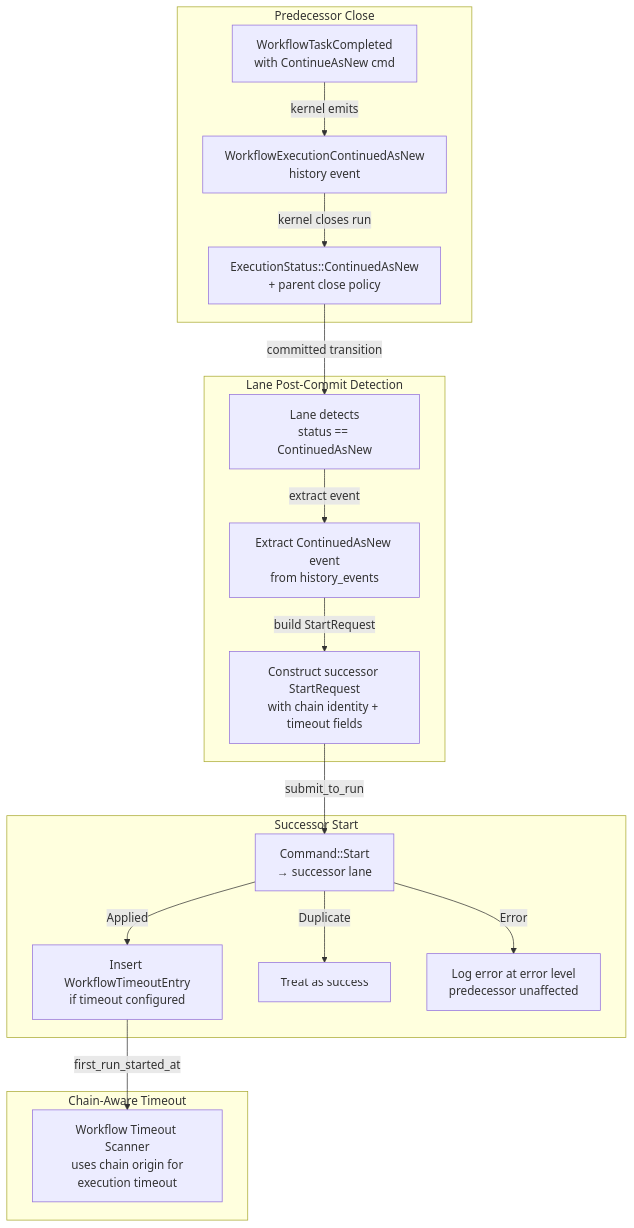
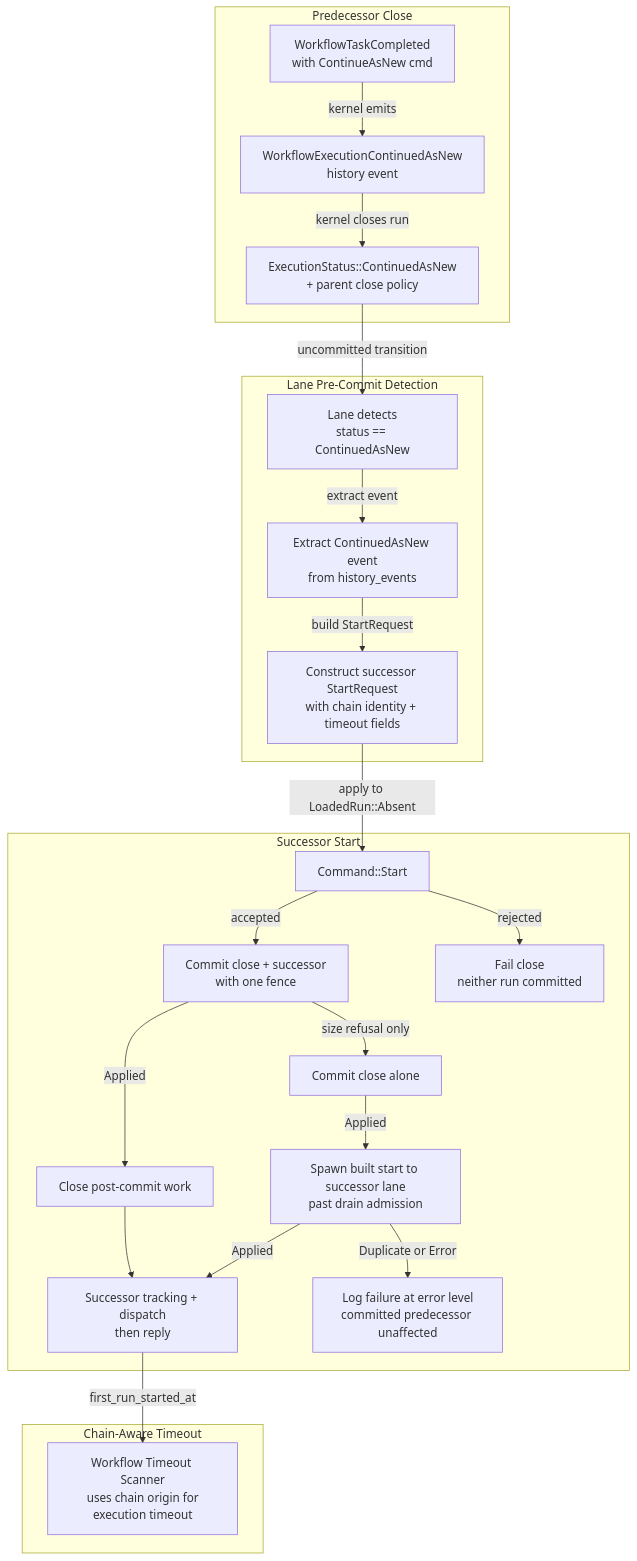
The diagram in .kiro/specs/runtime-continue-as-new/design.md (tokeira/tokeira), drawn with Mermaid before and after one commit. The commit also changed other lines of this file and 35 other files, not shown here.

````diff
--- a/.kiro/specs/runtime-continue-as-new/design.md
+++ b/.kiro/specs/runtime-continue-as-new/design.md
@@ -21,24 +21,29 @@
 ```mermaid
 flowchart TD
     subgraph "Predecessor Close"
         WTC[WorkflowTaskCompleted<br/>with ContinueAsNew cmd] -->|kernel emits| EVENT[WorkflowExecutionContinuedAsNew<br/>history event]
         EVENT -->|kernel closes run| CLOSE[ExecutionStatus::ContinuedAsNew<br/>+ parent close policy]
     end
 
-    subgraph "Lane Post-Commit Detection"
-        CLOSE -->|committed transition| DETECT[Lane detects<br/>status == ContinuedAsNew]
+    subgraph "Lane Pre-Commit Detection"
+        CLOSE -->|uncommitted transition| DETECT[Lane detects<br/>status == ContinuedAsNew]
         DETECT -->|extract event| EXTRACT[Extract ContinuedAsNew event<br/>from history_events]
         EXTRACT -->|build StartRequest| BUILD[Construct successor StartRequest<br/>with chain identity + timeout fields]
     end
 
     subgraph "Successor Start"
-        BUILD -->|submit_to_run| START[Command::Start<br/>→ successor lane]
-        START -->|Applied| TRACK[Insert WorkflowTimeoutEntry<br/>if timeout configured]
-        START -->|Duplicate| OK[Treat as success]
-        START -->|Error| LOG[Log error at error level<br/>predecessor unaffected]
+        BUILD -->|apply to LoadedRun::Absent| START[Command::Start]
+        START -->|accepted| PAIR[Commit close + successor<br/>with one fence]
+        START -->|rejected| REJECT[Fail close<br/>neither run committed]
+        PAIR -->|Applied| EFFECTS[Close post-commit work]
+        EFFECTS --> TRACK[Successor tracking + dispatch<br/>then reply]
+        PAIR -->|size refusal only| FALLBACK[Commit close alone]
+        FALLBACK -->|Applied| SPAWN[Spawn built start to successor lane<br/>past drain admission]
+        SPAWN -->|Applied| TRACK
+        SPAWN -->|Duplicate or Error| LOG[Log failure at error level<br/>committed predecessor unaffected]
     end
 
     subgraph "Chain-Aware Timeout"
         TRACK -->|first_run_started_at| SCANNER[Workflow Timeout Scanner<br/>uses chain origin for<br/>execution timeout]
     end
 ```
````
